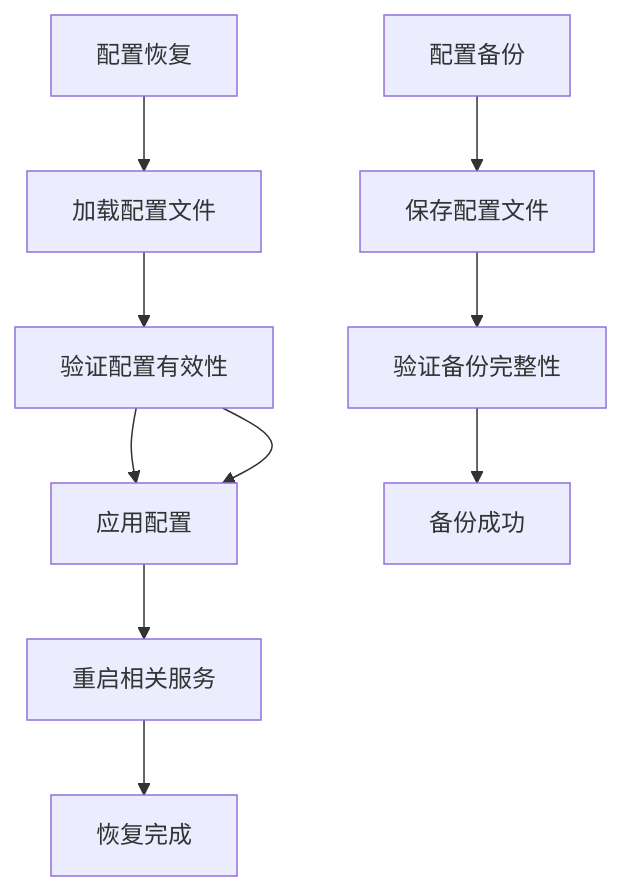
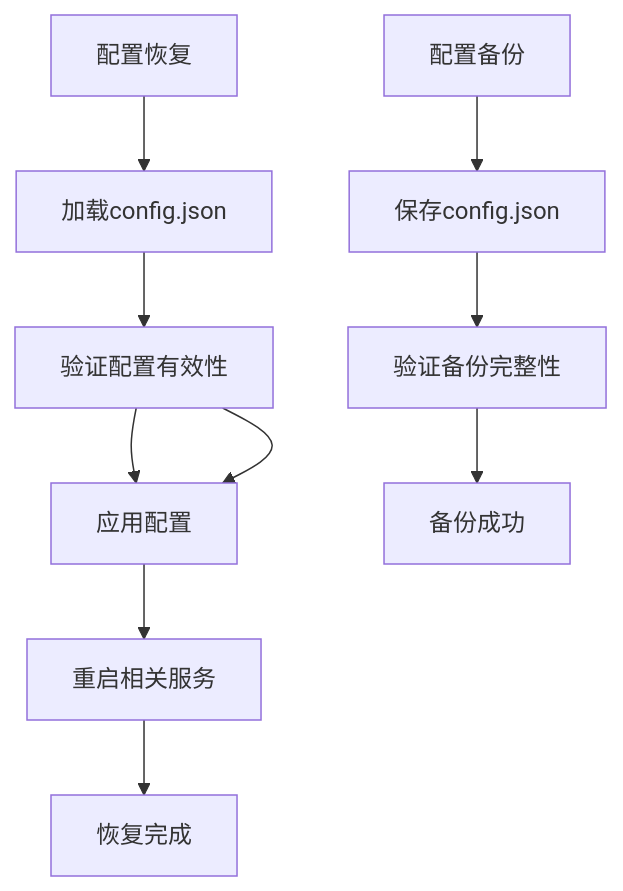
Before and after one commit to qq20739111/weilushishe-lishitai: diagram 16 of 16 in .qoder/repowiki/zh/content/数据管理/数据模型设计/系统配置模型.md, drawn with Mermaid. The commit also changed other lines of this file and 23 other files, not shown here.

````diff
--- a/.qoder/repowiki/zh/content/数据管理/数据模型设计/系统配置模型.md
+++ b/.qoder/repowiki/zh/content/数据管理/数据模型设计/系统配置模型.md
@@ -587,12 +792,12 @@
 ```mermaid
 flowchart TD
-BACKUP[配置备份] --> SAVE_CONFIG[保存配置文件]
+BACKUP[配置备份] --> SAVE_CONFIG[保存config.json]
 SAVE_CONFIG --> VERIFY_BACKUP[验证备份完整性]
-RESTORE[配置恢复] --> LOAD_CONFIG[加载配置文件]
+RESTORE[配置恢复] --> LOAD_CONFIG[加载config.json]
 LOAD_CONFIG --> VALIDATE_CONFIG[验证配置有效性]
 VALIDATE_CONFIG --> APPLY_CONFIG[应用配置]
 VERIFY_BACKUP --> SUCCESS[备份成功]
 VALIDATE_CONFIG --> APPLY_CONFIG
 APPLY_CONFIG --> RESTART_SERVICE[重启相关服务]
 RESTART_SERVICE --> COMPLETE[恢复完成]
 ```
````
